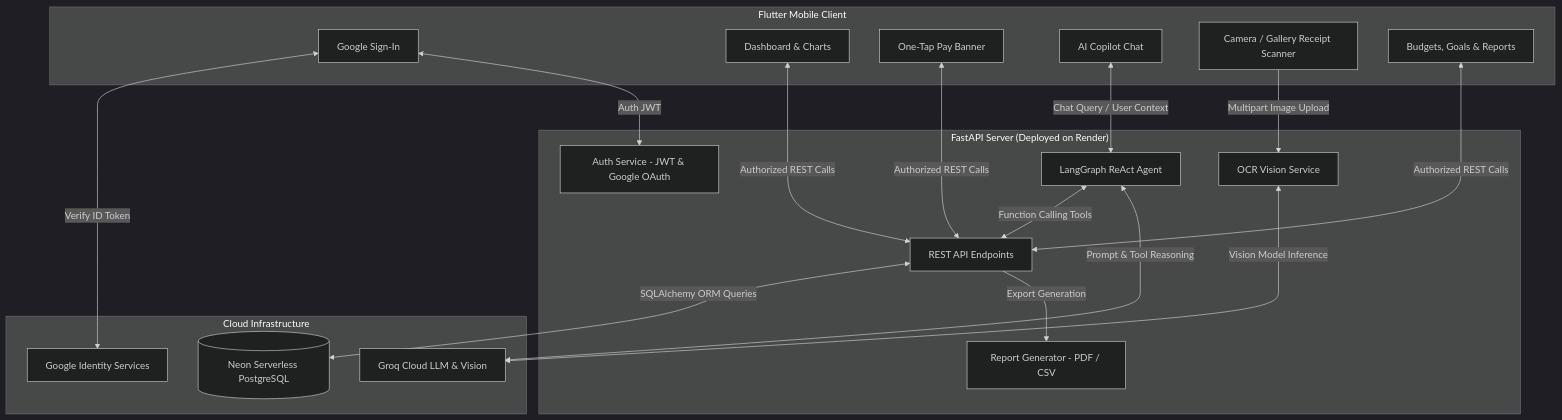
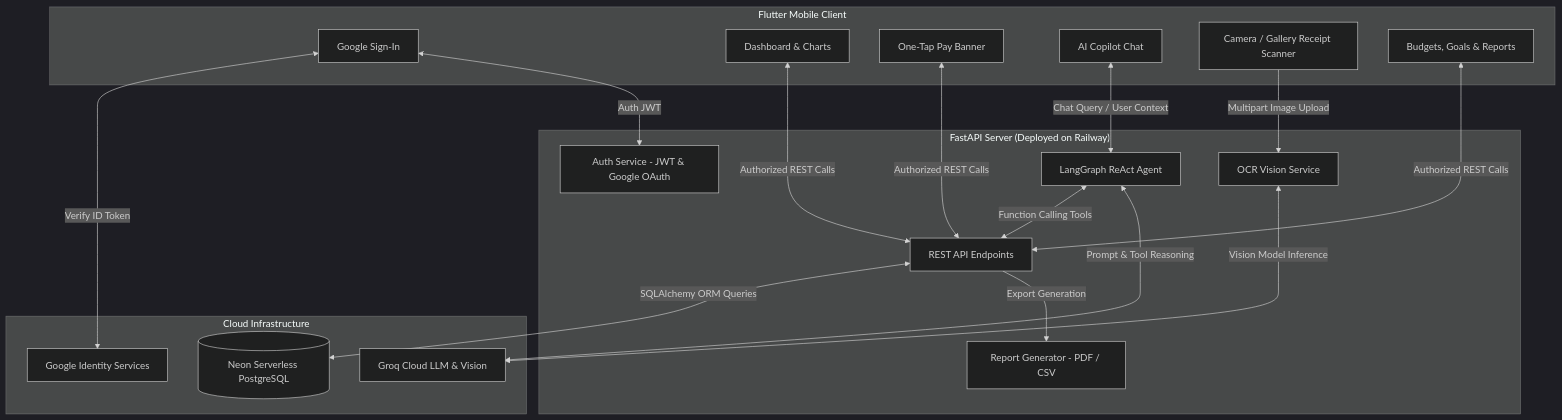
One commit to anshmangla/personal-finance-copilot changed the diagram in README.md. Above: the diagram before and after it, drawn with Mermaid (dark theme). The commit also changed other lines of this file and 1 other file, not shown here.

Commit message:
chore: migrate references from Render to Railway

````diff
--- a/README.md
+++ b/README.md
@@ -84,36 +84,36 @@
 ```mermaid
 flowchart TD
     subgraph Frontend["Flutter Mobile Client"]
         A[Google Sign-In]
         B[Dashboard & Charts]
         C[One-Tap Pay Banner]
         D[AI Copilot Chat]
         E[Camera / Gallery Receipt Scanner]
         F[Budgets, Goals & Reports]
     end
 
-    subgraph Backend["FastAPI Server (Deployed on Render)"]
+    subgraph Backend["FastAPI Server (Deployed on Railway)"]
         G[Auth Service - JWT & Google OAuth]
         H[REST API Endpoints]
         I[LangGraph ReAct Agent]
         J[OCR Vision Service]
         K[Report Generator - PDF / CSV]
     end
 
     subgraph Cloud["Cloud Infrastructure"]
         L[(Neon Serverless PostgreSQL)]
         M[Groq Cloud LLM & Vision]
         N[Google Identity Services]
     end
 
     A <-->|Verify ID Token| N
     A <-->|Auth JWT| G
     B & C & F <-->|Authorized REST Calls| H
     D <-->|Chat Query / User Context| I
     E -->|Multipart Image Upload| J
     J <-->|Vision Model Inference| M
     I <-->|Function Calling Tools| H
     I <-->|Prompt & Tool Reasoning| M
     H <-->|SQLAlchemy ORM Queries| L
     H -->|Export Generation| K
 ```
````
